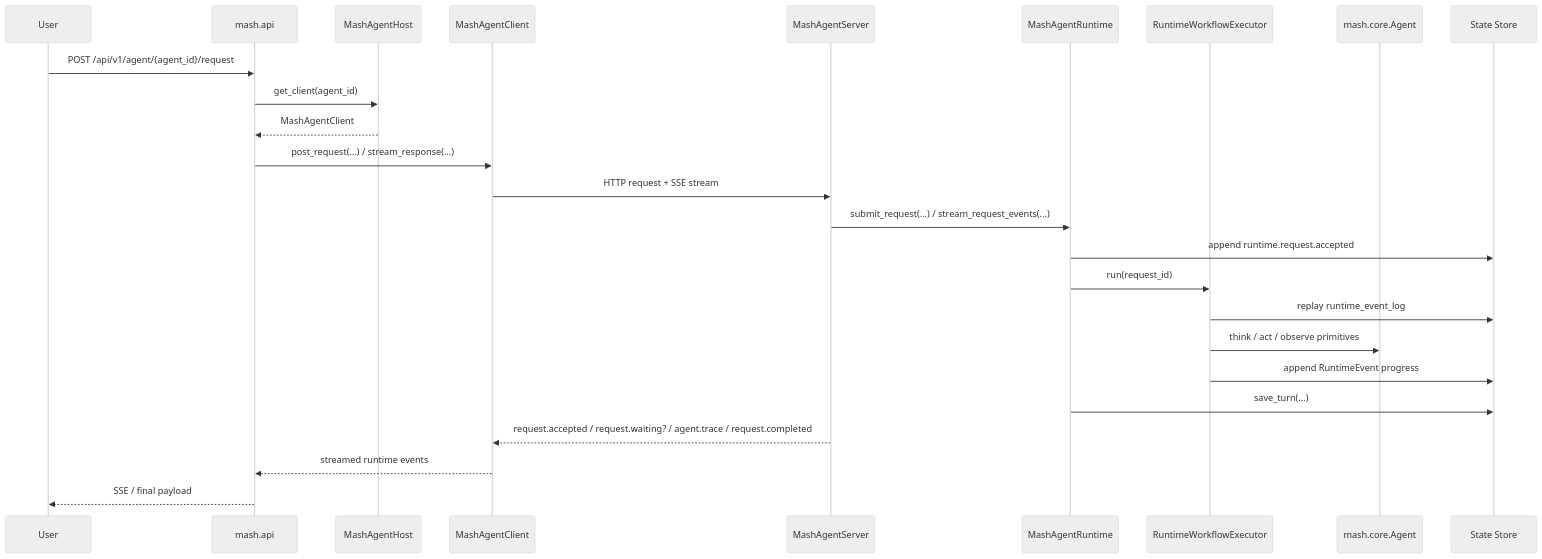
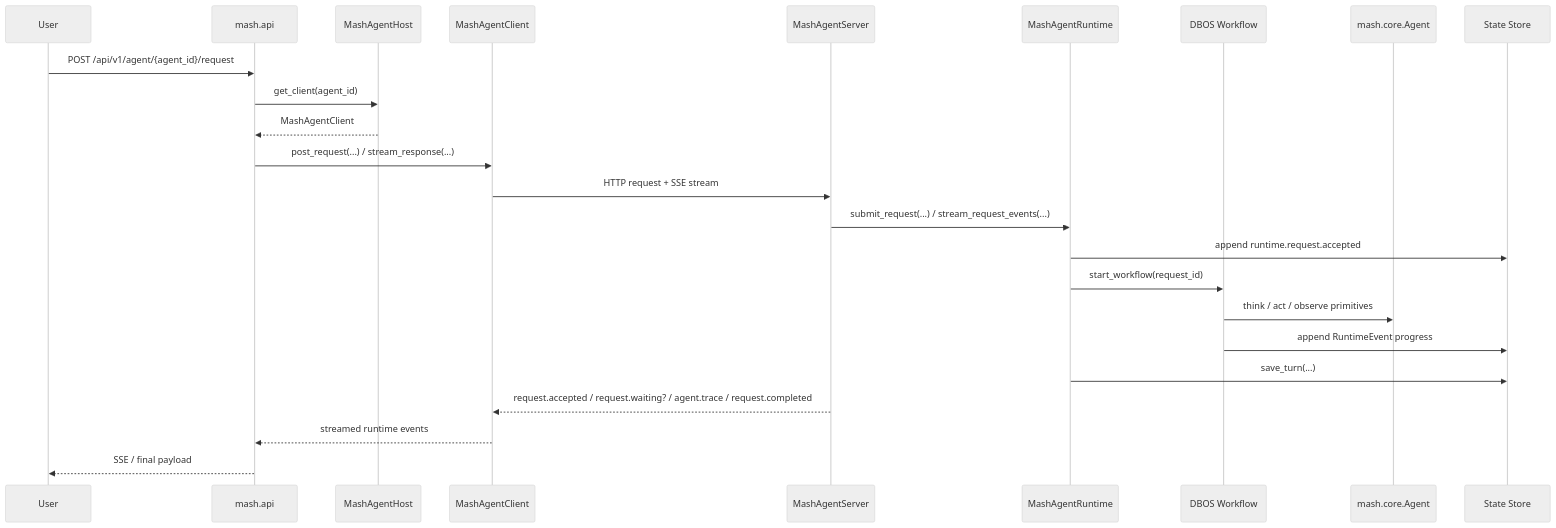
The second of 3 diagrams in README.md (imsid/mashpy), drawn with Mermaid (neutral theme) before and after one commit. The commit also changed other lines of this file and 75 other files, not shown here.

````diff
--- a/README.md
+++ b/README.md
@@ -122,29 +122,28 @@
 ```mermaid
 sequenceDiagram
     participant User
     participant API as mash.api
     participant Host as MashAgentHost
     participant Client as MashAgentClient
     participant Server as MashAgentServer
     participant Runtime as MashAgentRuntime
-    participant Workflow as RuntimeWorkflowExecutor
+    participant Workflow as DBOS Workflow
     participant Agent as mash.core.Agent
     participant Store as State Store
 
     User->>API: POST /api/v1/agent/{agent_id}/request
     API->>Host: get_client(agent_id)
     Host-->>API: MashAgentClient
     API->>Client: post_request(...) / stream_response(...)
     Client->>Server: HTTP request + SSE stream
     Server->>Runtime: submit_request(...) / stream_request_events(...)
     Runtime->>Store: append runtime.request.accepted
-    Runtime->>Workflow: run(request_id)
-    Workflow->>Store: replay runtime_event_log
+    Runtime->>Workflow: start_workflow(request_id)
     Workflow->>Agent: think / act / observe primitives
     Workflow->>Store: append RuntimeEvent progress
     Runtime->>Store: save_turn(...)
     Server-->>Client: request.accepted / request.waiting? / agent.trace / request.completed
     Client-->>API: streamed runtime events
     API-->>User: SSE / final payload
 
 ```
````
